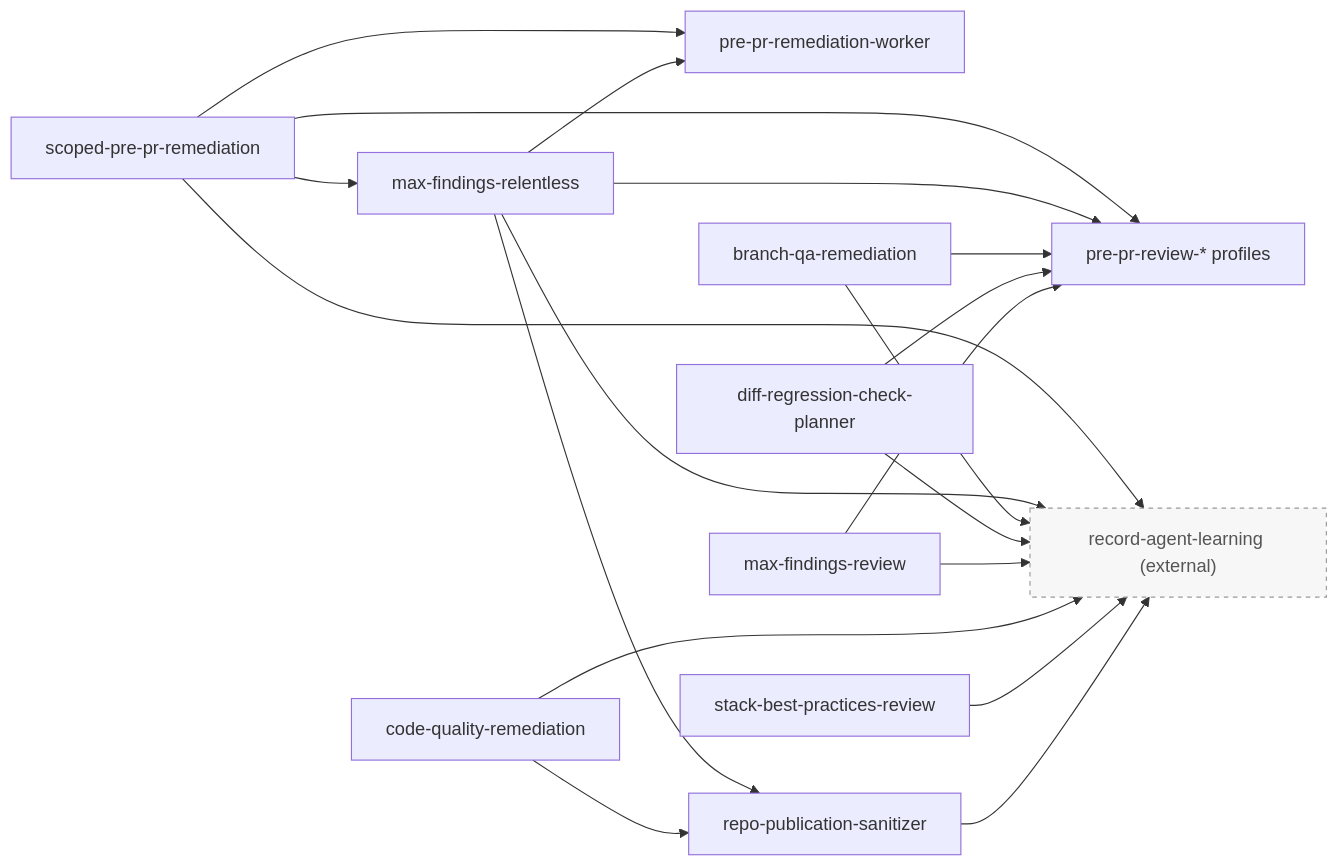
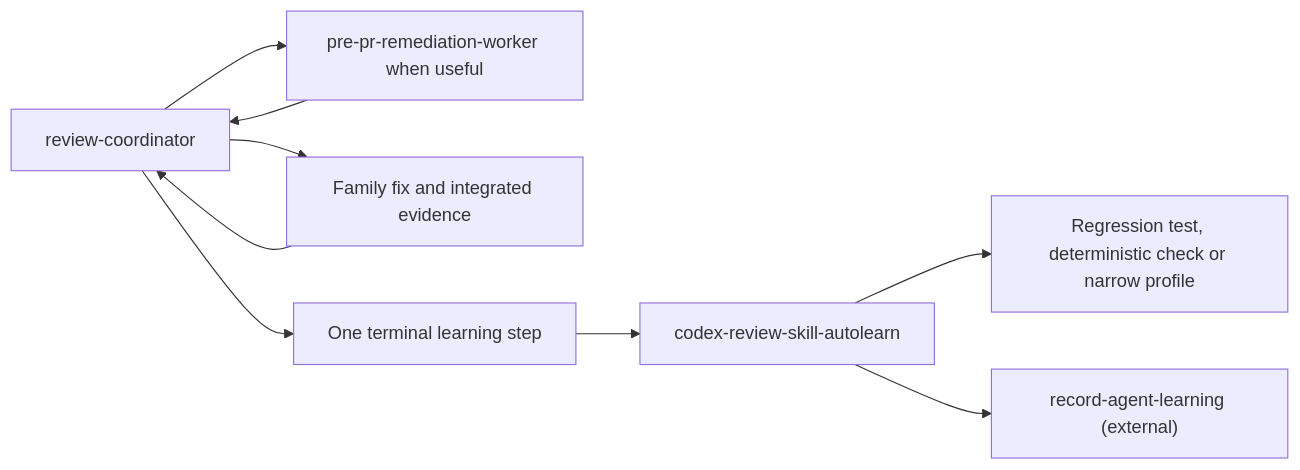
The third of 6 diagrams in README.md (marcomc/skills), drawn with Mermaid before and after one commit. The commit also changed other lines of this file and 132 other files, not shown here.

First line of the commit message:
Add unit tests for McpOne installer and JSON config synchronization (#2)

````diff
--- a/README.md
+++ b/README.md
@@ -239,42 +269,13 @@
 ```mermaid
 flowchart LR
-    accTitle: Remediation and learning paths
-    accDescr: Shows secondary relationships among remediation, review, sanitizer, and learning skills.
-
-    classDef external fill:#f7f7f7,stroke:#999,stroke-dasharray: 4 4,color:#555;
-
-    scoped["scoped-pre-pr-remediation"]
-    relentless["max-findings-relentless"]
-    worker["pre-pr-remediation-worker"]
-    profiles["pre-pr-review-* profiles"]
-    sanitizer["repo-publication-sanitizer"]
-    learning["record-agent-learning (external)"]:::external
-
-    branch["branch-qa-remediation"]
-    diff_plan["diff-regression-check-planner"]
-    max_review["max-findings-review"]
-    quality["code-quality-remediation"]
-    stack_review["stack-best-practices-review"]
-
-    scoped --> relentless
-    scoped --> worker
-    scoped --> profiles
-    scoped --> learning
-
-    relentless --> worker
-    relentless --> profiles
-    relentless --> sanitizer
-    relentless --> learning
-
-    branch --> profiles
-    branch --> learning
-    diff_plan --> profiles
-    diff_plan --> learning
-    max_review --> profiles
-    max_review --> learning
-
-    quality --> sanitizer
-    quality --> learning
-    stack_review --> learning
-    sanitizer --> learning
+    accTitle: Remediation and terminal learning
+    accDescr: One owner integrates work and sends grounded lessons to tests or the smallest profile after the run.
+    core["review-coordinator"] --> worker["pre-pr-remediation-worker when useful"]
+    worker --> core
+    core --> closure["Family fix and integrated evidence"]
+    closure --> core
+    core --> terminal["One terminal learning step"]
+    terminal --> learn["codex-review-skill-autolearn"]
+    learn --> target["Regression test, deterministic check or narrow profile"]
+    learn --> record["record-agent-learning (external)"]
 ```
````
